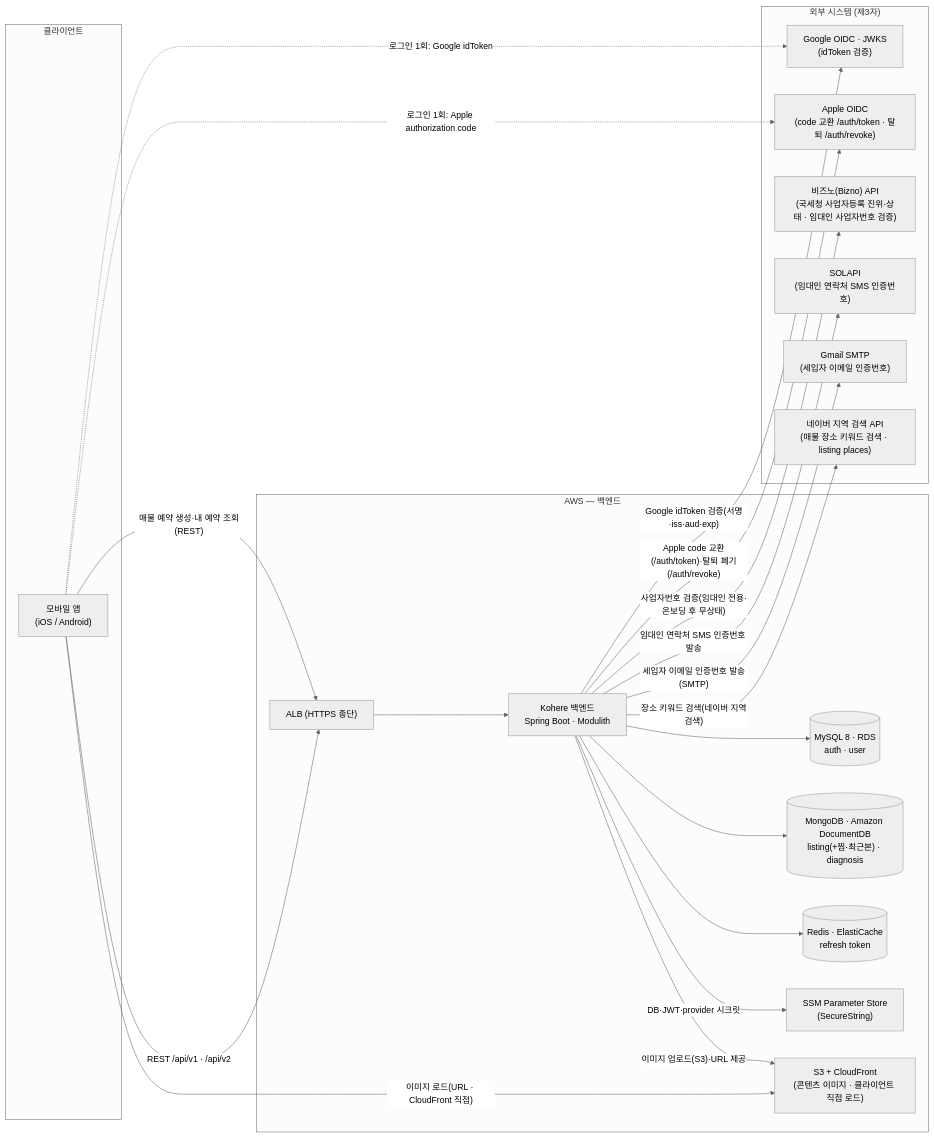
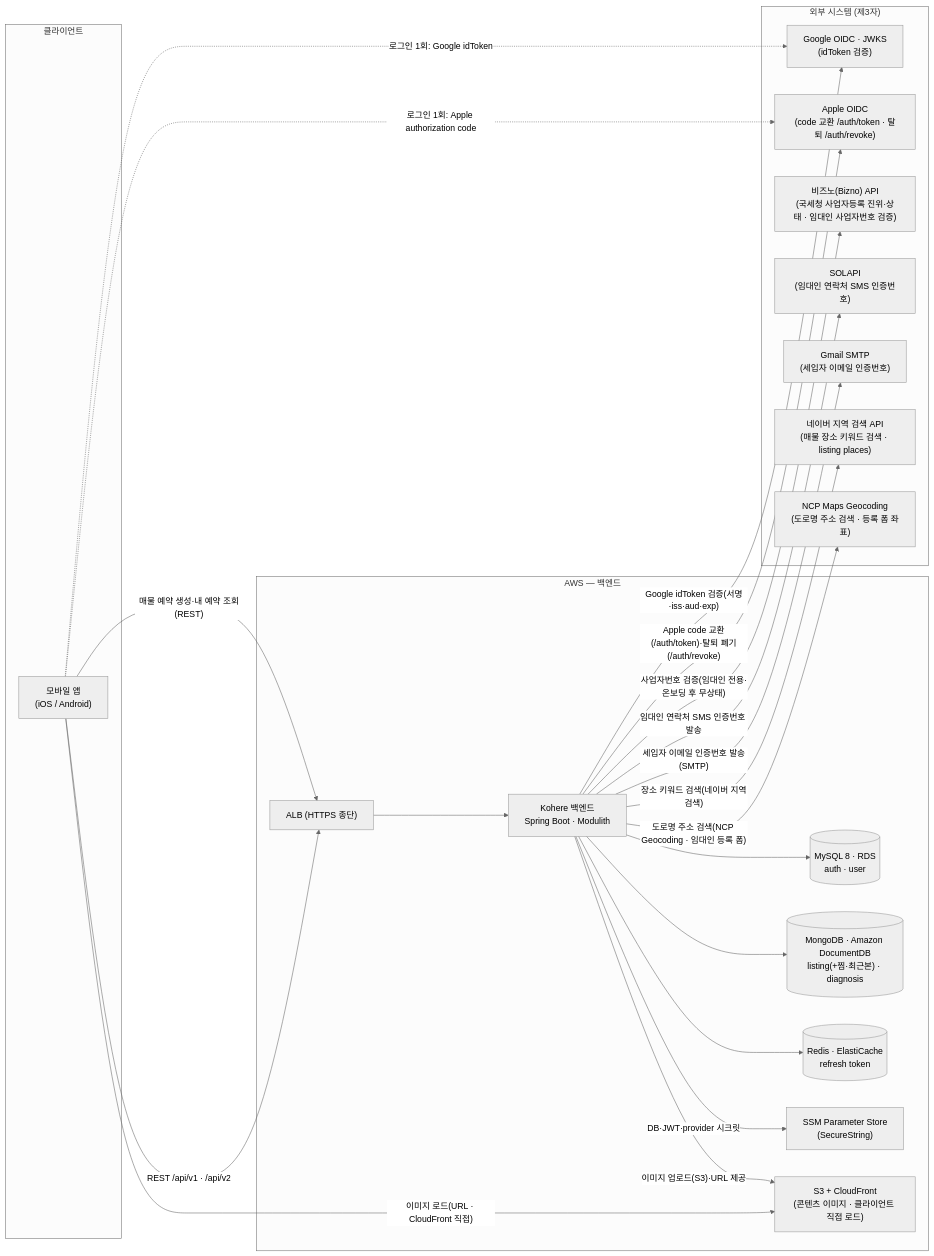
The first of 5 diagrams in docs/architecture/system-overview.md (jameskim9509/Kohere-backend), drawn with Mermaid (neutral theme) before and after one commit. The commit also changed other lines of this file and 60 other files, not shown here.

````diff
--- a/docs/architecture/system-overview.md
+++ b/docs/architecture/system-overview.md
@@ -30,43 +30,45 @@
 ```mermaid
 flowchart LR
     subgraph Client["클라이언트"]
       APP["모바일 앱<br/>(iOS / Android)"]
     end
 
     subgraph External["외부 시스템 (제3자)"]
       OIDC["Google OIDC · JWKS<br/>(idToken 검증)"]
       APPLE["Apple OIDC<br/>(code 교환 /auth/token · 탈퇴 /auth/revoke)"]
       BIZNO["비즈노(Bizno) API<br/>(국세청 사업자등록 진위·상태 · 임대인 사업자번호 검증)"]
       SOLAPI["SOLAPI<br/>(임대인 연락처 SMS 인증번호)"]
       MAIL["Gmail SMTP<br/>(세입자 이메일 인증번호)"]
       NAVER["네이버 지역 검색 API<br/>(매물 장소 키워드 검색 · listing places)"]
+      NCPGEO["NCP Maps Geocoding<br/>(도로명 주소 검색 · 등록 폼 좌표)"]
     end
 
     subgraph Cloud["AWS — 백엔드"]
       ALB["ALB (HTTPS 종단)"]
       SRV["Kohere 백엔드<br/>Spring Boot · Modulith"]
       MYSQL[("MySQL 8 · RDS<br/>auth · user")]
       MONGO[("MongoDB · Amazon DocumentDB<br/>listing(+찜·최근본) · diagnosis")]
       REDIS[("Redis · ElastiCache<br/>refresh token")]
       SECRET["SSM Parameter Store<br/>(SecureString)"]
       CDN["S3 + CloudFront<br/>(콘텐츠 이미지 · 클라이언트 직접 로드)"]
     end
 
     APP -- "REST /api/v1 · /api/v2" --> ALB
     ALB --> SRV
     APP -. "로그인 1회: Google idToken" .-> OIDC
     APP -. "로그인 1회: Apple authorization code" .-> APPLE
     SRV -- "Google idToken 검증(서명·iss·aud·exp)" --> OIDC
     SRV -- "Apple code 교환(/auth/token)·탈퇴 폐기(/auth/revoke)" --> APPLE
     SRV -- "사업자번호 검증(임대인 전용·온보딩 후 무상태)" --> BIZNO
     SRV -- "임대인 연락처 SMS 인증번호 발송" --> SOLAPI
     SRV -- "세입자 이메일 인증번호 발송(SMTP)" --> MAIL
     SRV -- "장소 키워드 검색(네이버 지역검색)" --> NAVER
+    SRV -- "도로명 주소 검색(NCP Geocoding · 임대인 등록 폼)" --> NCPGEO
     SRV --> MYSQL
     SRV --> MONGO
     SRV --> REDIS
     APP -- "매물 예약 생성·내 예약 조회(REST)" --> ALB
     APP -- "이미지 로드(URL · CloudFront 직접)" --> CDN
     SRV -- "이미지 업로드(S3)·URL 제공" --> CDN
     SRV -- "DB·JWT·provider 시크릿" --> SECRET
 ```
````
